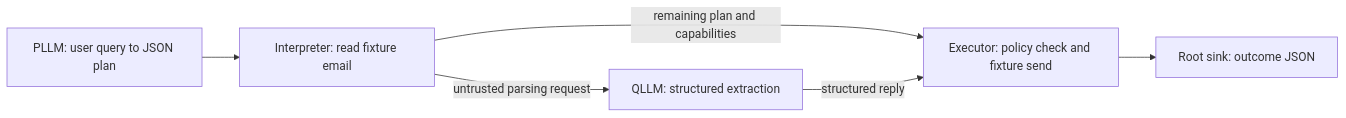
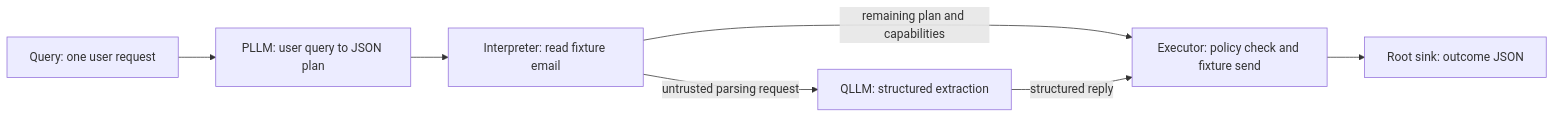
The diagram in examples/camel/README.md (microsoft/junco), drawn with Mermaid before and after one commit. The commit also changed 124 other files, not shown here.

First line of the commit message:
Make declared triggers authoritative for graph work

````diff
--- a/examples/camel/README.md
+++ b/examples/camel/README.md
@@ -35,8 +35,9 @@
 ```mermaid
 flowchart LR
+    T[Query: one user request] --> P
     P[PLLM: user query to JSON plan] --> I[Interpreter: read fixture email]
     I -->|untrusted parsing request| Q[QLLM: structured extraction]
     I -->|remaining plan and capabilities| E[Executor: policy check and fixture send]
     Q -->|structured reply| E
     E --> S[Root sink: outcome JSON]
 ```
````
